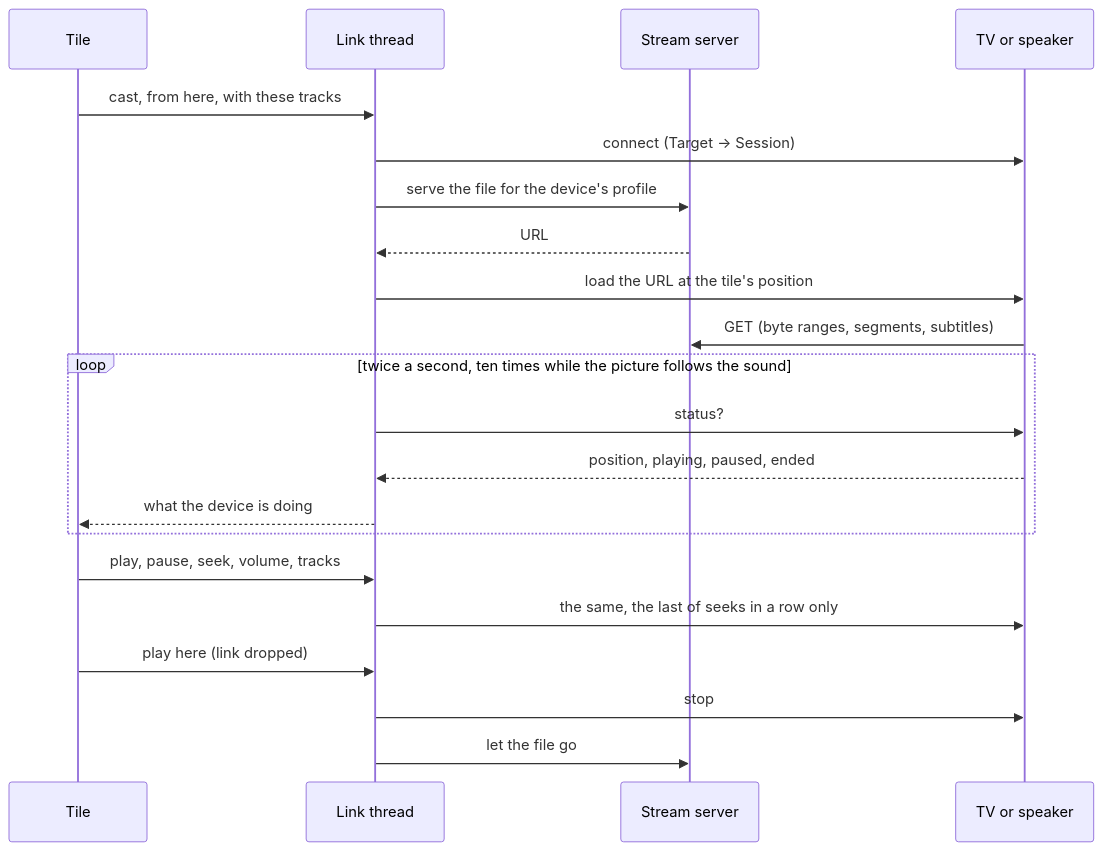
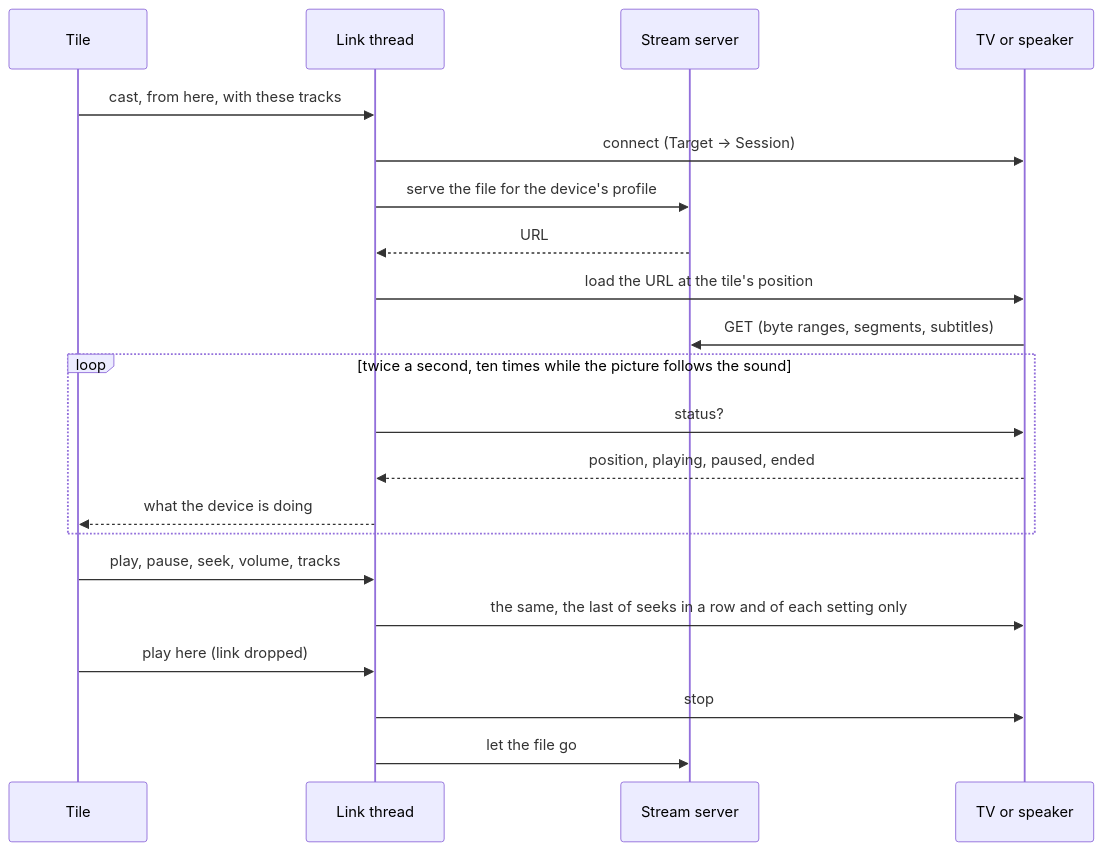
The fifth of 6 diagrams in ARCHITECTURE.md (velocityzen/Plays), drawn with Mermaid before and after one commit. The commit also changed other lines of this file and 2 other files, not shown here.

First line of the commit message:
Send a cast device only the last volume asked for while it was busy, not every step of the slider (MM-280)

````diff
--- a/ARCHITECTURE.md
+++ b/ARCHITECTURE.md
@@ -523,23 +523,23 @@
 ```mermaid
 sequenceDiagram
     participant T as Tile
     participant L as Link thread
     participant S as Stream server
     participant D as TV or speaker
     T->>L: cast, from here, with these tracks
     L->>D: connect (Target → Session)
     L->>S: serve the file for the device's profile
     S-->>L: URL
     L->>D: load the URL at the tile's position
     D->>S: GET (byte ranges, segments, subtitles)
     loop twice a second, ten times while the picture follows the sound
         L->>D: status?
         D-->>L: position, playing, paused, ended
         L-->>T: what the device is doing
     end
     T->>L: play, pause, seek, volume, tracks
-    L->>D: the same, the last of seeks in a row only
+    L->>D: the same, the last of seeks in a row and of each setting only
     T->>L: play here (link dropped)
     L->>D: stop
     L->>S: let the file go
 ```
````
